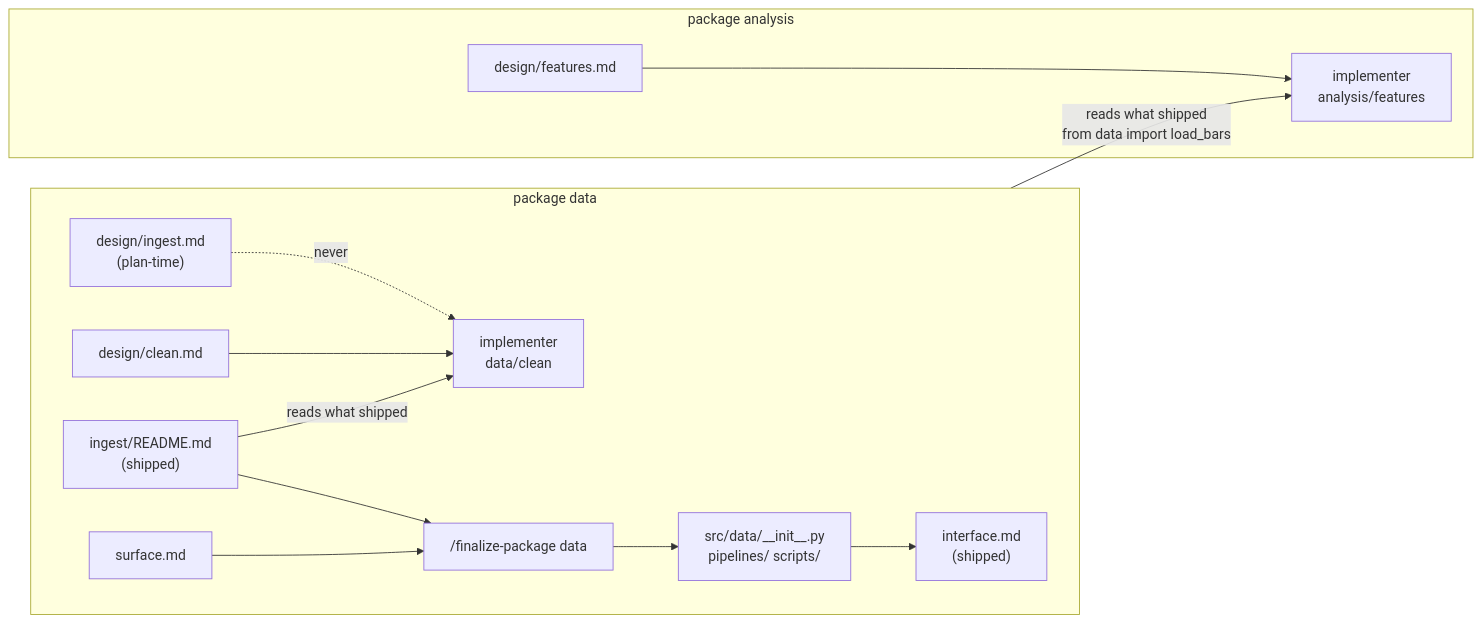
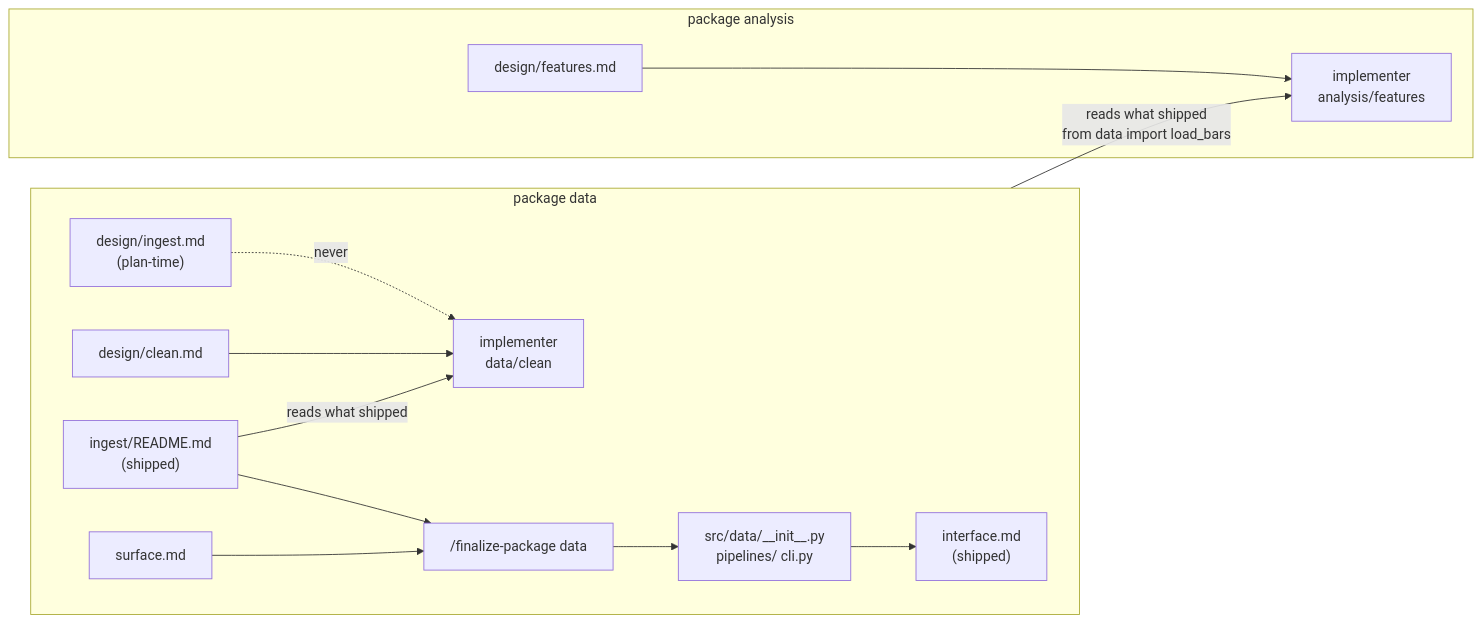
Before and after one commit to cott435/cott-plugins: the first of 3 diagrams in dev-team/site/flow.md, drawn with Mermaid. The commit also changed other lines of this file and 11 other files, not shown here.

````diff
--- a/dev-team/site/flow.md
+++ b/dev-team/site/flow.md
@@ -15,26 +15,26 @@
 ```mermaid
 flowchart LR
   subgraph data["package data"]
     direction LR
     ingD["design/ingest.md<br/>(plan-time)"]
     ingR["ingest/README.md<br/>(shipped)"]
     clnD["design/clean.md"]
     cln["implementer<br/>data/clean"]
     surf["surface.md"]
     fin["/finalize-package data"]
-    init["src/data/__init__.py<br/>pipelines/ scripts/"]
+    init["src/data/__init__.py<br/>pipelines/ cli.py"]
     iface["interface.md<br/>(shipped)"]
     clnD --> cln
     ingR -- "reads what shipped" --> cln
     ingD -. "never" .-> cln
     surf --> fin
     ingR --> fin
     fin --> init --> iface
   end
   subgraph analysis["package analysis"]
     featD["design/features.md"]
     feat["implementer<br/>analysis/features"]
     featD --> feat
   end
   iface -- "reads what shipped<br/>from data import load_bars" --> feat
 ```
````
